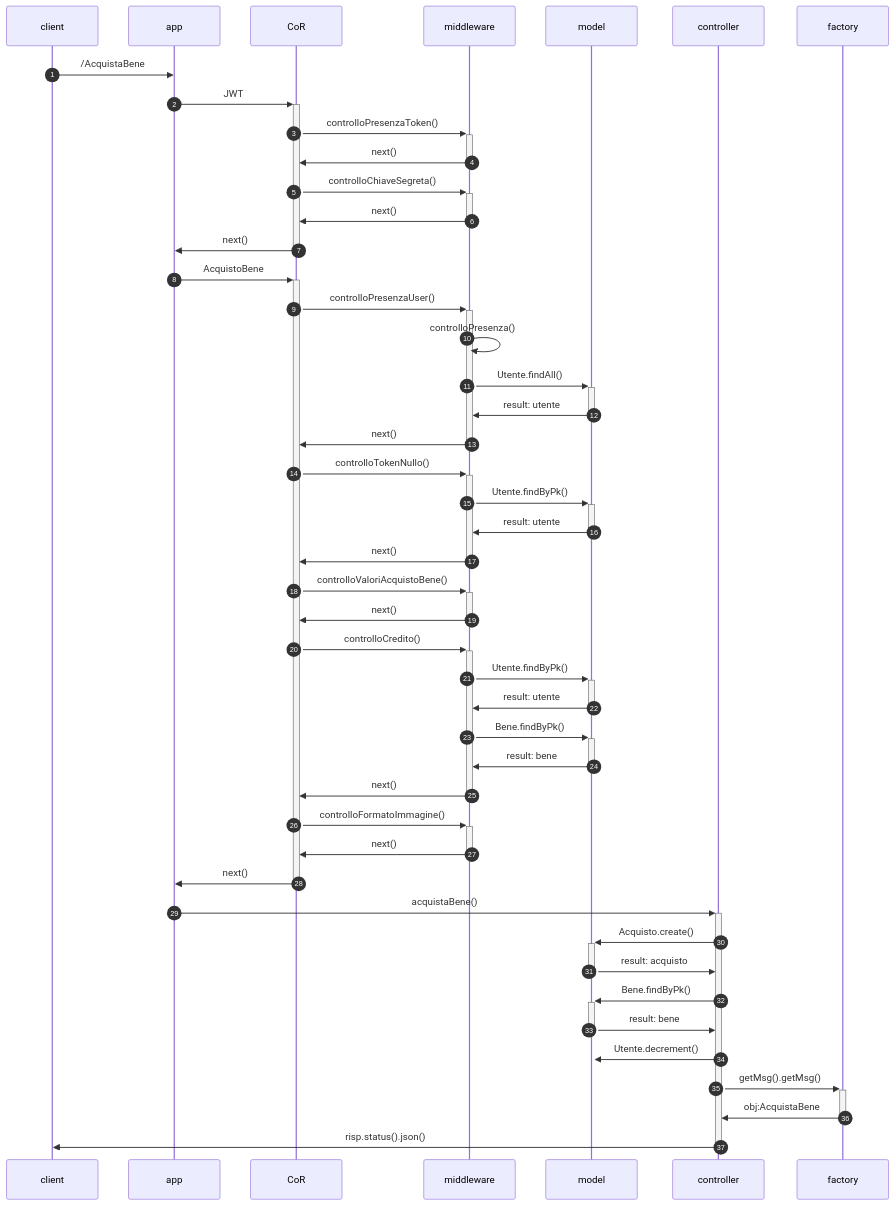
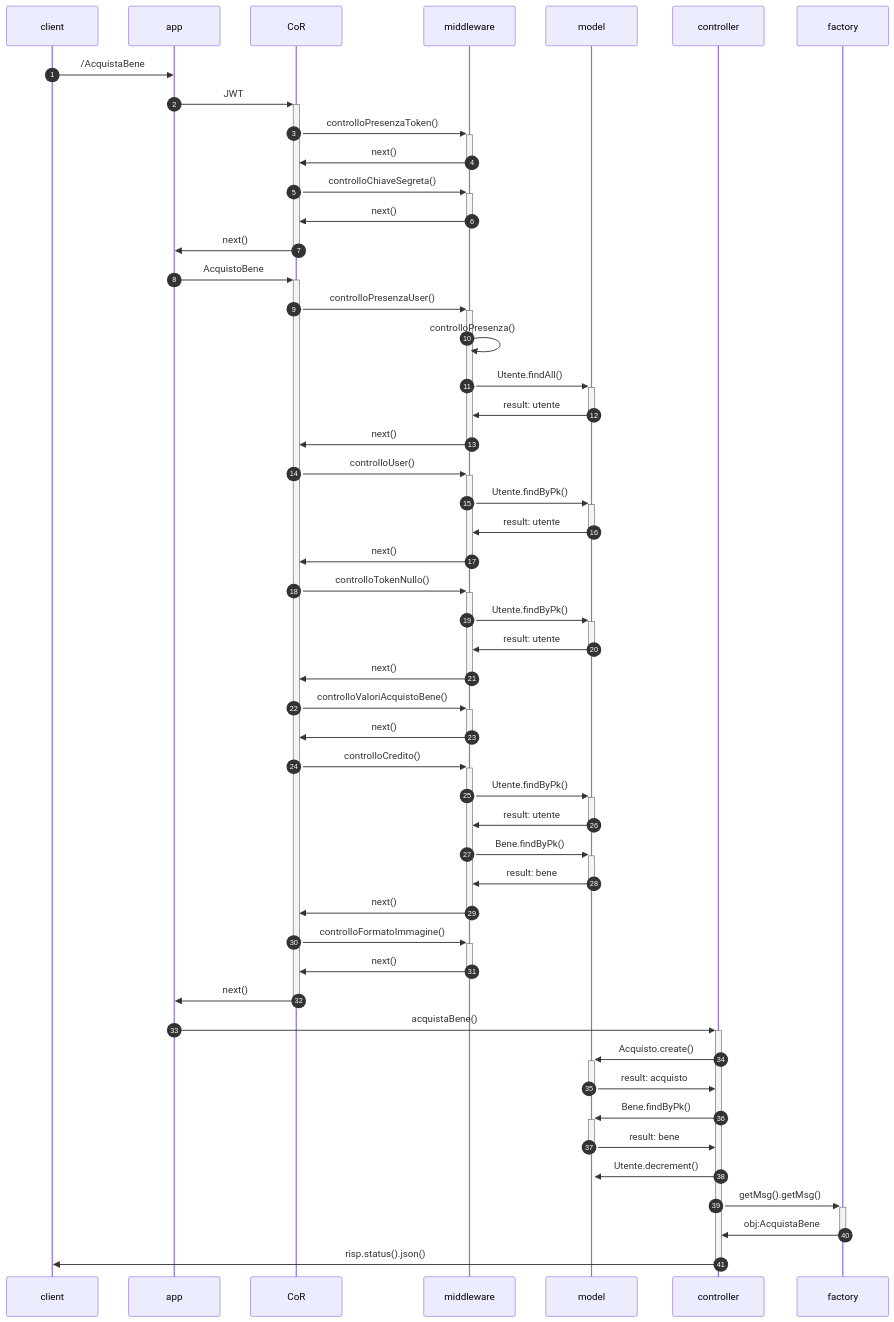
The third of 6 diagrams in README.md (MargheritaGaleazzi/AcquistoBeniStorici-Progetto-PA), drawn with Mermaid before and after one commit.

````diff
--- a/README.md
+++ b/README.md
@@ -198,41 +198,45 @@
 ```mermaid
 sequenceDiagram
 autonumber
 client ->> app: /AcquistaBene
 app ->>+ CoR: JWT
 CoR ->>+ middleware: controlloPresenzaToken()
 middleware ->>- CoR:  next()
 CoR ->>+ middleware: controlloChiaveSegreta()
 middleware ->>- CoR:  next()
 CoR ->>- app : next()
 app ->>+ CoR: AcquistoBene
 CoR ->>+ middleware: controlloPresenzaUser()
 middleware ->> middleware: controlloPresenza()
 middleware ->>+ model: Utente.findAll()
+model ->>- middleware: result: utente
+middleware ->>- CoR:  next()
+CoR ->>+ middleware: controlloUser()
+middleware ->>+ model: Utente.findByPk()
 model ->>- middleware: result: utente
 middleware ->>- CoR:  next()
 CoR ->>+ middleware: controlloTokenNullo()
 middleware ->>+ model: Utente.findByPk()
 model ->>- middleware: result: utente
 middleware ->>- CoR:  next()
 CoR ->>+ middleware: controlloValoriAcquistoBene()
 middleware ->>- CoR:  next()
 CoR ->>+ middleware: controlloCredito()
 middleware ->>+ model: Utente.findByPk()
 model ->>- middleware: result: utente
 middleware ->>+ model: Bene.findByPk()
 model ->>- middleware: result: bene
 middleware ->>- CoR:  next()
 CoR ->>+ middleware: controlloFormatoImmagine()
 middleware ->>- CoR:  next()
 CoR ->>- app : next()
 app ->>+ controller: acquistaBene()
 controller ->>+ model : Acquisto.create()
 model ->>- controller : result: acquisto
 controller ->>+ model : Bene.findByPk()
 model ->>- controller : result: bene
 controller ->>+ model : Utente.decrement()
 controller ->>+ factory : getMsg().getMsg()
 factory ->>- controller: obj:AcquistaBene
 controller ->>- client:  risp.status().json()
 ```
````
